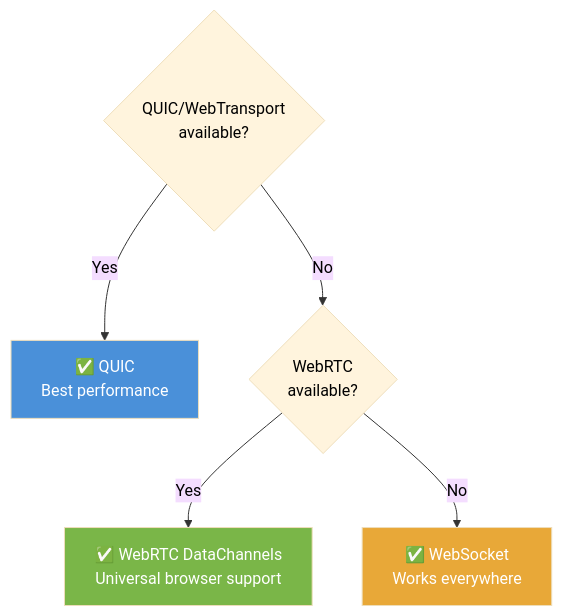
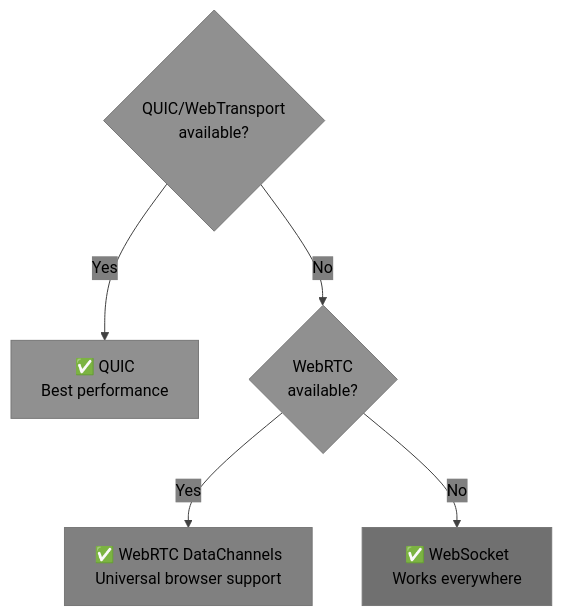
One commit to deftai/xumux changed the tenth of 11 diagrams in docs/xumux-on-quic.md. Above: the diagram before and after it, drawn with Mermaid. The commit also changed other lines of this file and 5 other files, not shown here.

Commit message:
docs: apply grayscale theme to all docs/ mermaid diagrams

````diff
--- a/docs/xumux-on-quic.md
+++ b/docs/xumux-on-quic.md
@@ -370,13 +370,13 @@
 ```mermaid
-%%{init: {'theme': 'base', 'themeVariables': {'primaryTextColor': '#000', 'lineColor': '#333'}}}%%
+%%{init: {'theme': 'base', 'themeVariables': {'primaryTextColor': '#000000', 'secondaryTextColor': '#000000', 'tertiaryTextColor': '#000000', 'noteTextColor': '#000000', 'primaryColor': '#909090', 'secondaryColor': '#808080', 'tertiaryColor': '#707070', 'lineColor': '#404040'}}}%%
 graph TD
     A{QUIC/WebTransport<br/>available?}
     A -->|Yes| Q["✅ QUIC<br/>Best performance"]
     A -->|No| B{WebRTC<br/>available?}
     B -->|Yes| W["✅ WebRTC DataChannels<br/>Universal browser support"]
     B -->|No| C["✅ WebSocket<br/>Works everywhere"]
 
-    style Q fill:#4a90d9,color:#fff
-    style W fill:#7ab648,color:#fff
-    style C fill:#e8a838,color:#fff
+    style Q fill:#909090,color:#000000
+    style W fill:#808080,color:#000000
+    style C fill:#707070,color:#000000
 ```
````
